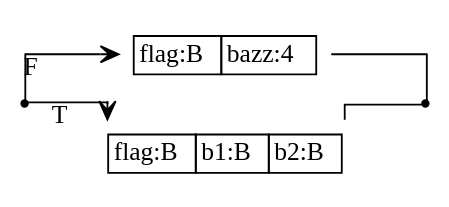
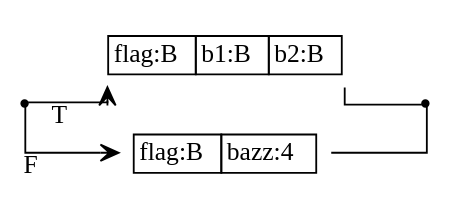
One commit to sireum/bitcodec-examples changed the diagram in src/predunion/simple/predunion-simple-spec.dot. Above: the diagram before and after it, drawn with Graphviz. The commit also changed 15 other files, not shown here.

```diff
--- a/src/predunion/simple/predunion-simple-spec.dot
+++ b/src/predunion/simple/predunion-simple-spec.dot
@@ -1,24 +1,24 @@
 digraph G {
   rankdir = LR;
   graph [splines=ortho];
   node [shape=plaintext];
   edge [arrowhead=vee];
 
   n0 [shape=point];
   n1 [label=<
+    <TABLE BORDER="0" CELLBORDER="1" CELLSPACING="0" TOOLTIP="Foo.baz" HREF="#">
+      <TR><TD>flag:B</TD><TD>b1:B</TD><TD>b2:B</TD></TR>
+    </TABLE>
+  >];
+  n2 [label=<
     <TABLE BORDER="0" CELLBORDER="1" CELLSPACING="0" TOOLTIP="Foo.bazz" HREF="#">
       <TR><TD>flag:B</TD><TD>bazz:4</TD></TR>
     </TABLE>
   >];
-  n2 [label=<
-    <TABLE BORDER="0" CELLBORDER="1" CELLSPACING="0" TOOLTIP="Foo.baz" HREF="#">
-      <TR><TD>flag:B</TD><TD>b1:B</TD><TD>b2:B</TD></TR>
-    </TABLE>
-  >];
   n3 [shape=point];
 
-  n0 -> n1 [xlabel="F"];
-  n0 -> n2 [xlabel="T"];
+  n0 -> n1 [xlabel="T"];
+  n0 -> n2 [xlabel="F"];
   n2 -> n3 [arrowhead=none];
   n1 -> n3 [arrowhead=none];
 }
```
